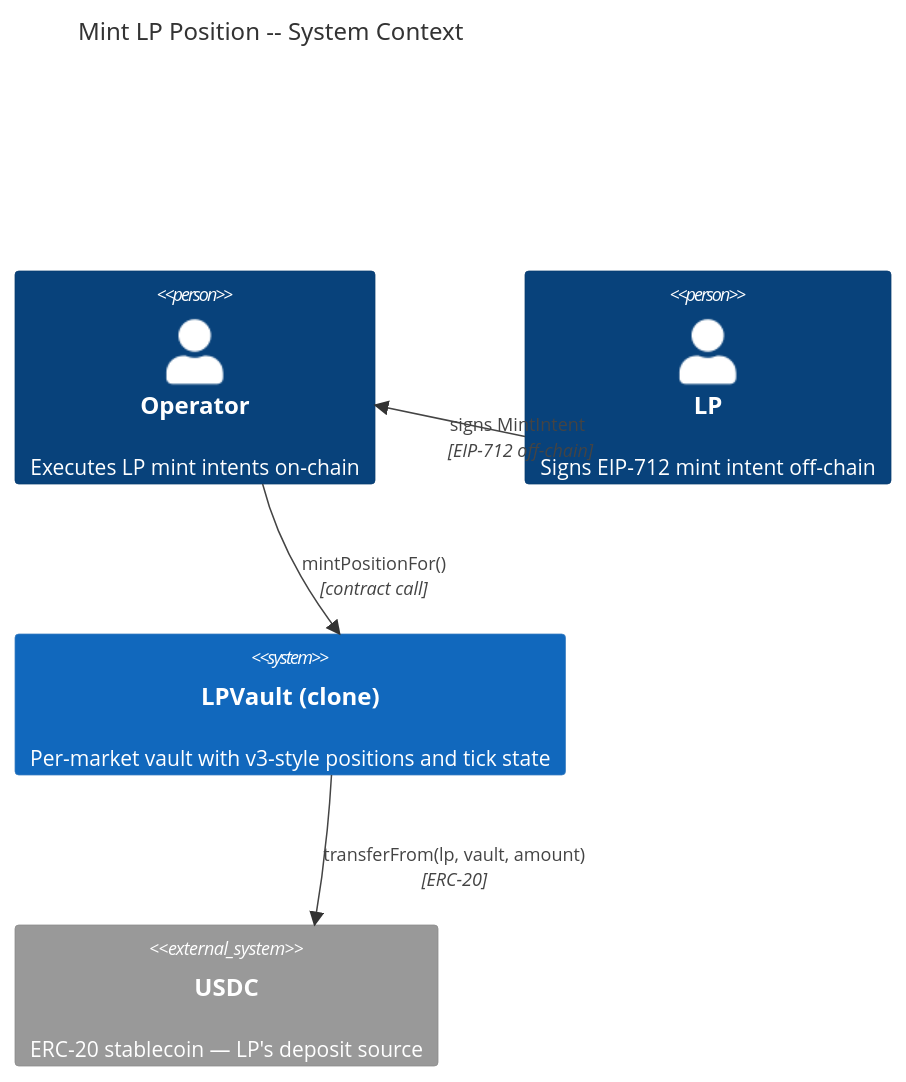
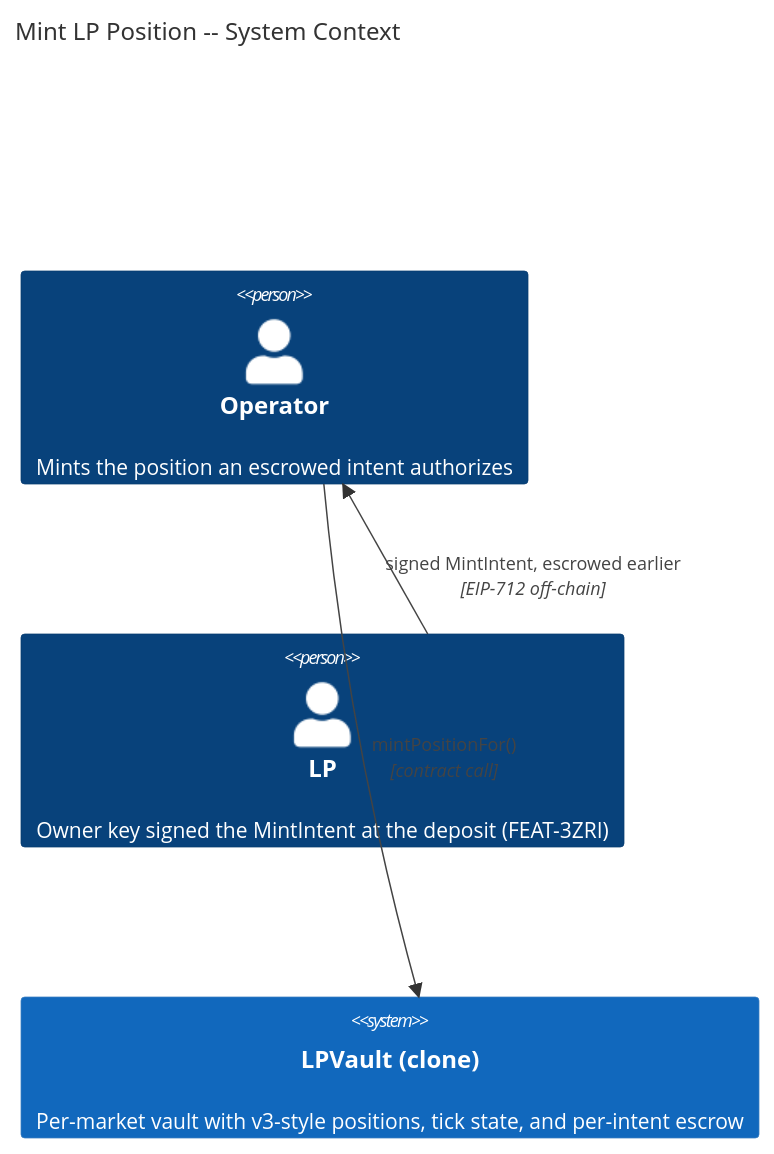
Before and after one commit to ProphetMarket/lp-vaults: the first of 3 diagrams in specs/features/contracts/FEAT-T7AF-mint-lp-position/ARCHITECTURE.md, drawn with Mermaid. The commit also changed other lines of this file and 38 other files, not shown here.

First line of the commit message:
spec (vault): Specify the per-intent escrow and Safe signatures

````diff
--- a/specs/features/contracts/FEAT-T7AF-mint-lp-position/ARCHITECTURE.md
+++ b/specs/features/contracts/FEAT-T7AF-mint-lp-position/ARCHITECTURE.md
@@ -15,11 +15,9 @@
 ```mermaid
 C4Context
     title Mint LP Position -- System Context
-    Person(operator, "Operator", "Executes LP mint intents on-chain")
-    Person(lp, "LP", "Signs EIP-712 mint intent off-chain")
-    System(vault, "LPVault (clone)", "Per-market vault with v3-style positions and tick state")
-    System_Ext(usdc, "USDC", "ERC-20 stablecoin — LP's deposit source")
-    Rel(lp, operator, "signs MintIntent", "EIP-712 off-chain")
+    Person(operator, "Operator", "Mints the position an escrowed intent authorizes")
+    Person(lp, "LP", "Owner key signed the MintIntent at the deposit (FEAT-3ZRI)")
+    System(vault, "LPVault (clone)", "Per-market vault with v3-style positions, tick state, and per-intent escrow")
+    Rel(lp, operator, "signed MintIntent, escrowed earlier", "EIP-712 off-chain")
     Rel(operator, vault, "mintPositionFor()", "contract call")
-    Rel(vault, usdc, "transferFrom(lp, vault, amount)", "ERC-20")
 ```
````
